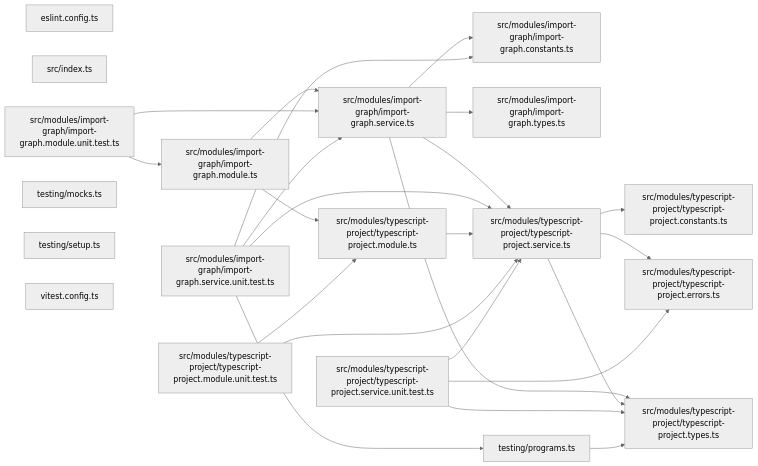
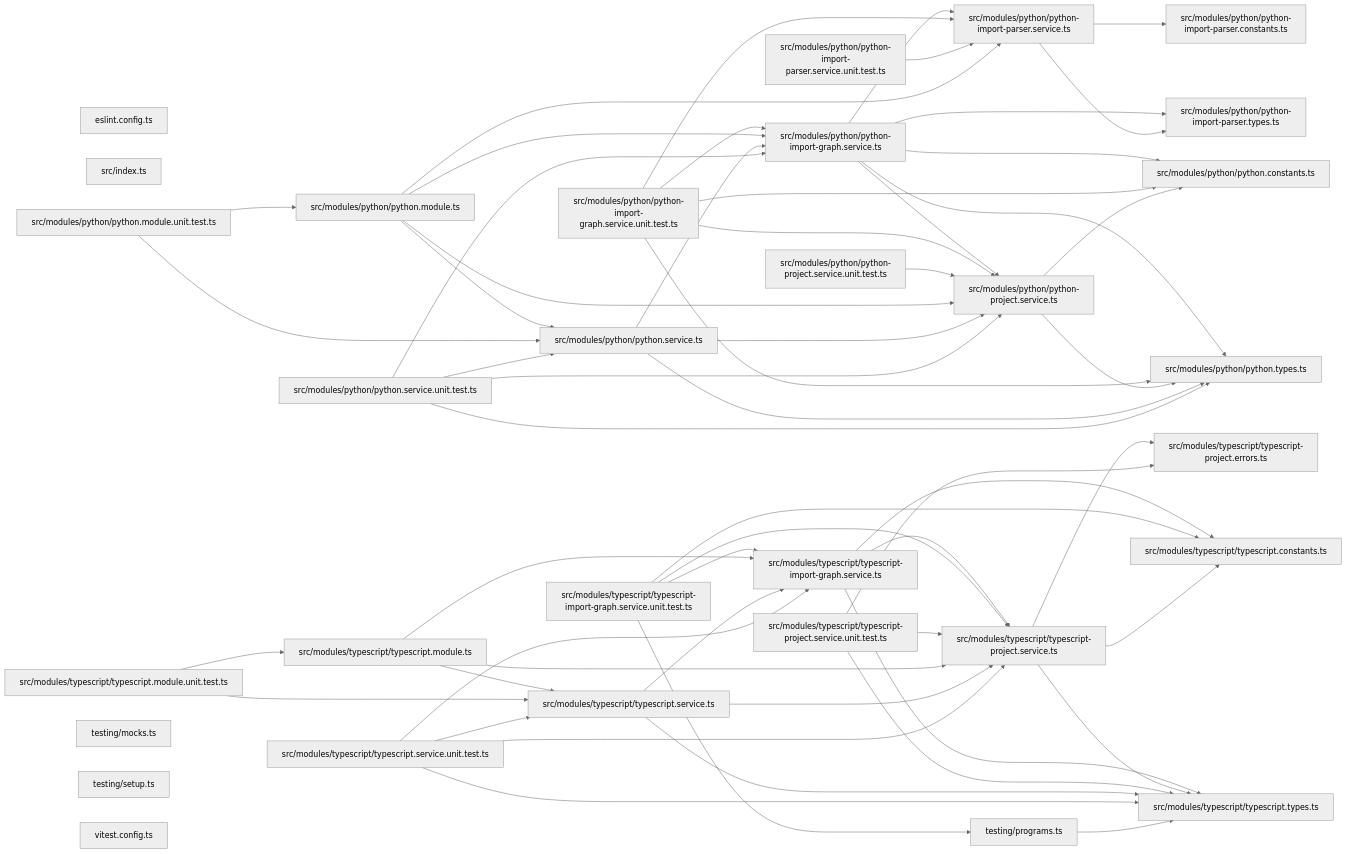
Before and after one commit to JimmyPaolini/codebase: the third of 3 diagrams in packages/codependix-imports/README.md, drawn with Mermaid (neutral theme). The commit also changed other lines of this file and 80 other files, not shown here.

Commit message:
refactor(codependix): ♻️ move python import graphs into codependix-imports

````diff
--- a/packages/codependix-imports/README.md
+++ b/packages/codependix-imports/README.md
@@ -39,43 +38,88 @@
 graph LR
   file_eslint_config_ts["eslint.config.ts"]
   file_src_index_ts["src/index.ts"]
-  file_src_modules_import_graph_import_graph_constants_ts["src/modules/import-graph/import-graph.constants.ts"]
-  file_src_modules_import_graph_import_graph_module_ts["src/modules/import-graph/import-graph.module.ts"]
-  file_src_modules_import_graph_import_graph_module_unit_test_ts["src/modules/import-graph/import-graph.module.unit.test.ts"]
-  file_src_modules_import_graph_import_graph_service_ts["src/modules/import-graph/import-graph.service.ts"]
-  file_src_modules_import_graph_import_graph_service_unit_test_ts["src/modules/import-graph/import-graph.service.unit.test.ts"]
-  file_src_modules_import_graph_import_graph_types_ts["src/modules/import-graph/import-graph.types.ts"]
-  file_src_modules_typescript_project_typescript_project_constants_ts["src/modules/typescript-project/typescript-project.constants.ts"]
-  file_src_modules_typescript_project_typescript_project_errors_ts["src/modules/typescript-project/typescript-project.errors.ts"]
-  file_src_modules_typescript_project_typescript_project_module_ts["src/modules/typescript-project/typescript-project.module.ts"]
-  file_src_modules_typescript_project_typescript_project_module_unit_test_ts["src/modules/typescript-project/typescript-project.module.unit.test.ts"]
-  file_src_modules_typescript_project_typescript_project_service_ts["src/modules/typescript-project/typescript-project.service.ts"]
-  file_src_modules_typescript_project_typescript_project_service_unit_test_ts["src/modules/typescript-project/typescript-project.service.unit.test.ts"]
-  file_src_modules_typescript_project_typescript_project_types_ts["src/modules/typescript-project/typescript-project.types.ts"]
+  file_src_modules_python_python_import_graph_service_ts["src/modules/python/python-import-graph.service.ts"]
+  file_src_modules_python_python_import_graph_service_unit_test_ts["src/modules/python/python-import-graph.service.unit.test.ts"]
+  file_src_modules_python_python_import_parser_constants_ts["src/modules/python/python-import-parser.constants.ts"]
+  file_src_modules_python_python_import_parser_service_ts["src/modules/python/python-import-parser.service.ts"]
+  file_src_modules_python_python_import_parser_service_unit_test_ts["src/modules/python/python-import-parser.service.unit.test.ts"]
+  file_src_modules_python_python_import_parser_types_ts["src/modules/python/python-import-parser.types.ts"]
+  file_src_modules_python_python_project_service_ts["src/modules/python/python-project.service.ts"]
+  file_src_modules_python_python_project_service_unit_test_ts["src/modules/python/python-project.service.unit.test.ts"]
+  file_src_modules_python_python_constants_ts["src/modules/python/python.constants.ts"]
+  file_src_modules_python_python_module_ts["src/modules/python/python.module.ts"]
+  file_src_modules_python_python_module_unit_test_ts["src/modules/python/python.module.unit.test.ts"]
+  file_src_modules_python_python_service_ts["src/modules/python/python.service.ts"]
+  file_src_modules_python_python_service_unit_test_ts["src/modules/python/python.service.unit.test.ts"]
+  file_src_modules_python_python_types_ts["src/modules/python/python.types.ts"]
+  file_src_modules_typescript_typescript_import_graph_service_ts["src/modules/typescript/typescript-import-graph.service.ts"]
+  file_src_modules_typescript_typescript_import_graph_service_unit_test_ts["src/modules/typescript/typescript-import-graph.service.unit.test.ts"]
+  file_src_modules_typescript_typescript_project_errors_ts["src/modules/typescript/typescript-project.errors.ts"]
+  file_src_modules_typescript_typescript_project_service_ts["src/modules/typescript/typescript-project.service.ts"]
+  file_src_modules_typescript_typescript_project_service_unit_test_ts["src/modules/typescript/typescript-project.service.unit.test.ts"]
+  file_src_modules_typescript_typescript_constants_ts["src/modules/typescript/typescript.constants.ts"]
+  file_src_modules_typescript_typescript_module_ts["src/modules/typescript/typescript.module.ts"]
+  file_src_modules_typescript_typescript_module_unit_test_ts["src/modules/typescript/typescript.module.unit.test.ts"]
+  file_src_modules_typescript_typescript_service_ts["src/modules/typescript/typescript.service.ts"]
+  file_src_modules_typescript_typescript_service_unit_test_ts["src/modules/typescript/typescript.service.unit.test.ts"]
+  file_src_modules_typescript_typescript_types_ts["src/modules/typescript/typescript.types.ts"]
   file_testing_mocks_ts["testing/mocks.ts"]
   file_testing_programs_ts["testing/programs.ts"]
   file_testing_setup_ts["testing/setup.ts"]
   file_vitest_config_ts["vitest.config.ts"]
-  file_src_modules_import_graph_import_graph_module_ts --> file_src_modules_import_graph_import_graph_service_ts
-  file_src_modules_import_graph_import_graph_module_ts --> file_src_modules_typescript_project_typescript_project_module_ts
-  file_src_modules_import_graph_import_graph_module_unit_test_ts --> file_src_modules_import_graph_import_graph_module_ts
-  file_src_modules_import_graph_import_graph_module_unit_test_ts --> file_src_modules_import_graph_import_graph_service_ts
-  file_src_modules_import_graph_import_graph_service_ts --> file_src_modules_import_graph_import_graph_constants_ts
-  file_src_modules_import_graph_import_graph_service_ts --> file_src_modules_import_graph_import_graph_types_ts
-  file_src_modules_import_graph_import_graph_service_ts --> file_src_modules_typescript_project_typescript_project_service_ts
-  file_src_modules_import_graph_import_graph_service_ts --> file_src_modules_typescript_project_typescript_project_types_ts
-  file_src_modules_import_graph_import_graph_service_unit_test_ts --> file_src_modules_import_graph_import_graph_constants_ts
-  file_src_modules_import_graph_import_graph_service_unit_test_ts --> file_src_modules_import_graph_import_graph_service_ts
-  file_src_modules_import_graph_import_graph_service_unit_test_ts --> file_src_modules_typescript_project_typescript_project_service_ts
-  file_src_modules_import_graph_import_graph_service_unit_test_ts --> file_testing_programs_ts
-  file_src_modules_typescript_project_typescript_project_module_ts --> file_src_modules_typescript_project_typescript_project_service_ts
-  file_src_modules_typescript_project_typescript_project_module_unit_test_ts --> file_src_modules_typescript_project_typescript_project_module_ts
-  file_src_modules_typescript_project_typescript_project_module_unit_test_ts --> file_src_modules_typescript_project_typescript_project_service_ts
-  file_src_modules_typescript_project_typescript_project_service_ts --> file_src_modules_typescript_project_typescript_project_constants_ts
-  file_src_modules_typescript_project_typescript_project_service_ts --> file_src_modules_typescript_project_typescript_project_errors_ts
-  file_src_modules_typescript_project_typescript_project_service_ts --> file_src_modules_typescript_project_typescript_project_types_ts
-  file_src_modules_typescript_project_typescript_project_service_unit_test_ts --> file_src_modules_typescript_project_typescript_project_errors_ts
-  file_src_modules_typescript_project_typescript_project_service_unit_test_ts --> file_src_modules_typescript_project_typescript_project_service_ts
-  file_src_modules_typescript_project_typescript_project_service_unit_test_ts --> file_src_modules_typescript_project_typescript_project_types_ts
-  file_testing_programs_ts --> file_src_modules_typescript_project_typescript_project_types_ts
+  file_src_modules_python_python_import_graph_service_ts --> file_src_modules_python_python_import_parser_service_ts
+  file_src_modules_python_python_import_graph_service_ts --> file_src_modules_python_python_import_parser_types_ts
+  file_src_modules_python_python_import_graph_service_ts --> file_src_modules_python_python_project_service_ts
+  file_src_modules_python_python_import_graph_service_ts --> file_src_modules_python_python_constants_ts
+  file_src_modules_python_python_import_graph_service_ts --> file_src_modules_python_python_types_ts
+  file_src_modules_python_python_import_graph_service_unit_test_ts --> file_src_modules_python_python_import_graph_service_ts
+  file_src_modules_python_python_import_graph_service_unit_test_ts --> file_src_modules_python_python_import_parser_service_ts
+  file_src_modules_python_python_import_graph_service_unit_test_ts --> file_src_modules_python_python_project_service_ts
+  file_src_modules_python_python_import_graph_service_unit_test_ts --> file_src_modules_python_python_constants_ts
+  file_src_modules_python_python_import_graph_service_unit_test_ts --> file_src_modules_python_python_types_ts
+  file_src_modules_python_python_import_parser_service_ts --> file_src_modules_python_python_import_parser_constants_ts
+  file_src_modules_python_python_import_parser_service_ts --> file_src_modules_python_python_import_parser_types_ts
+  file_src_modules_python_python_import_parser_service_unit_test_ts --> file_src_modules_python_python_import_parser_service_ts
+  file_src_modules_python_python_project_service_ts --> file_src_modules_python_python_constants_ts
+  file_src_modules_python_python_project_service_ts --> file_src_modules_python_python_types_ts
+  file_src_modules_python_python_project_service_unit_test_ts --> file_src_modules_python_python_project_service_ts
+  file_src_modules_python_python_module_ts --> file_src_modules_python_python_import_graph_service_ts
+  file_src_modules_python_python_module_ts --> file_src_modules_python_python_import_parser_service_ts
+  file_src_modules_python_python_module_ts --> file_src_modules_python_python_project_service_ts
+  file_src_modules_python_python_module_ts --> file_src_modules_python_python_service_ts
+  file_src_modules_python_python_module_unit_test_ts --> file_src_modules_python_python_module_ts
+  file_src_modules_python_python_module_unit_test_ts --> file_src_modules_python_python_service_ts
+  file_src_modules_python_python_service_ts --> file_src_modules_python_python_import_graph_service_ts
+  file_src_modules_python_python_service_ts --> file_src_modules_python_python_project_service_ts
+  file_src_modules_python_python_service_ts --> file_src_modules_python_python_types_ts
+  file_src_modules_python_python_service_unit_test_ts --> file_src_modules_python_python_import_graph_service_ts
+  file_src_modules_python_python_service_unit_test_ts --> file_src_modules_python_python_project_service_ts
+  file_src_modules_python_python_service_unit_test_ts --> file_src_modules_python_python_service_ts
+  file_src_modules_python_python_service_unit_test_ts --> file_src_modules_python_python_types_ts
+  file_src_modules_typescript_typescript_import_graph_service_ts --> file_src_modules_typescript_typescript_project_service_ts
+  file_src_modules_typescript_typescript_import_graph_service_ts --> file_src_modules_typescript_typescript_constants_ts
+  file_src_modules_typescript_typescript_import_graph_service_ts --> file_src_modules_typescript_typescript_types_ts
+  file_src_modules_typescript_typescript_import_graph_service_unit_test_ts --> file_src_modules_typescript_typescript_import_graph_service_ts
+  file_src_modules_typescript_typescript_import_graph_service_unit_test_ts --> file_src_modules_typescript_typescript_project_service_ts
+  file_src_modules_typescript_typescript_import_graph_service_unit_test_ts --> file_src_modules_typescript_typescript_constants_ts
+  file_src_modules_typescript_typescript_import_graph_service_unit_test_ts --> file_testing_programs_ts
+  file_src_modules_typescript_typescript_project_service_ts --> file_src_modules_typescript_typescript_project_errors_ts
+  file_src_modules_typescript_typescript_project_service_ts --> file_src_modules_typescript_typescript_constants_ts
+  file_src_modules_typescript_typescript_project_service_ts --> file_src_modules_typescript_typescript_types_ts
+  file_src_modules_typescript_typescript_project_service_unit_test_ts --> file_src_modules_typescript_typescript_project_errors_ts
+  file_src_modules_typescript_typescript_project_service_unit_test_ts --> file_src_modules_typescript_typescript_project_service_ts
+  file_src_modules_typescript_typescript_project_service_unit_test_ts --> file_src_modules_typescript_typescript_types_ts
+  file_src_modules_typescript_typescript_module_ts --> file_src_modules_typescript_typescript_import_graph_service_ts
+  file_src_modules_typescript_typescript_module_ts --> file_src_modules_typescript_typescript_project_service_ts
+  file_src_modules_typescript_typescript_module_ts --> file_src_modules_typescript_typescript_service_ts
+  file_src_modules_typescript_typescript_module_unit_test_ts --> file_src_modules_typescript_typescript_module_ts
+  file_src_modules_typescript_typescript_module_unit_test_ts --> file_src_modules_typescript_typescript_service_ts
+  file_src_modules_typescript_typescript_service_ts --> file_src_modules_typescript_typescript_import_graph_service_ts
+  file_src_modules_typescript_typescript_service_ts --> file_src_modules_typescript_typescript_project_service_ts
+  file_src_modules_typescript_typescript_service_ts --> file_src_modules_typescript_typescript_types_ts
+  file_src_modules_typescript_typescript_service_unit_test_ts --> file_src_modules_typescript_typescript_import_graph_service_ts
+  file_src_modules_typescript_typescript_service_unit_test_ts --> file_src_modules_typescript_typescript_project_service_ts
+  file_src_modules_typescript_typescript_service_unit_test_ts --> file_src_modules_typescript_typescript_service_ts
+  file_src_modules_typescript_typescript_service_unit_test_ts --> file_src_modules_typescript_typescript_types_ts
+  file_testing_programs_ts --> file_src_modules_typescript_typescript_types_ts
 ```
````
